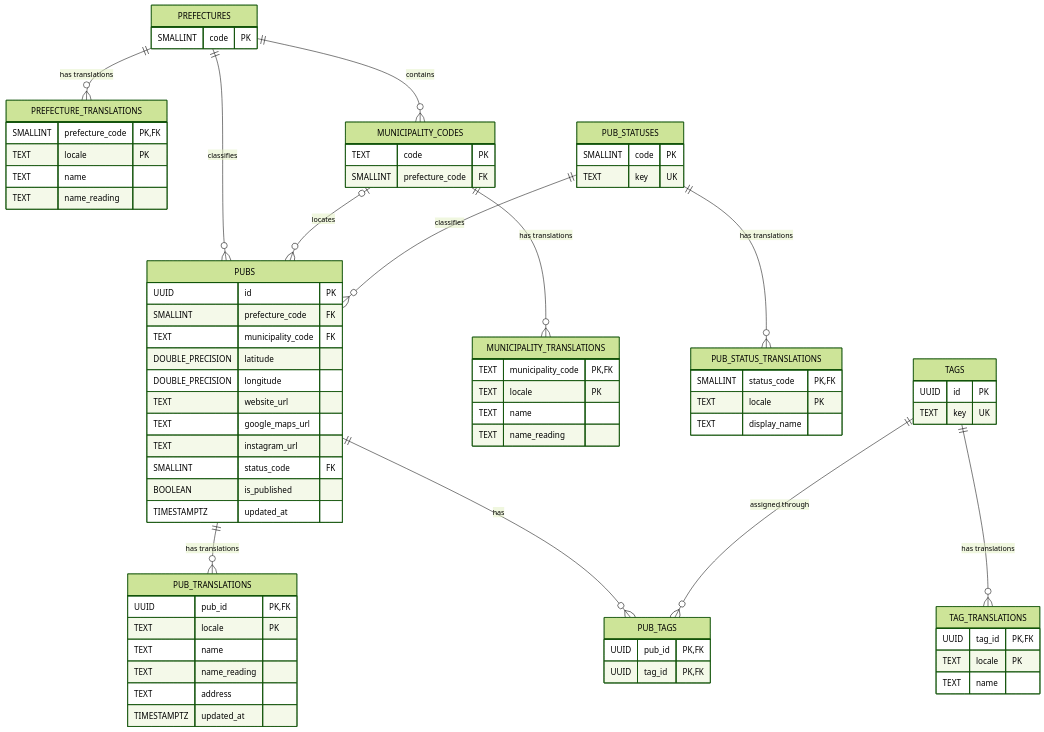
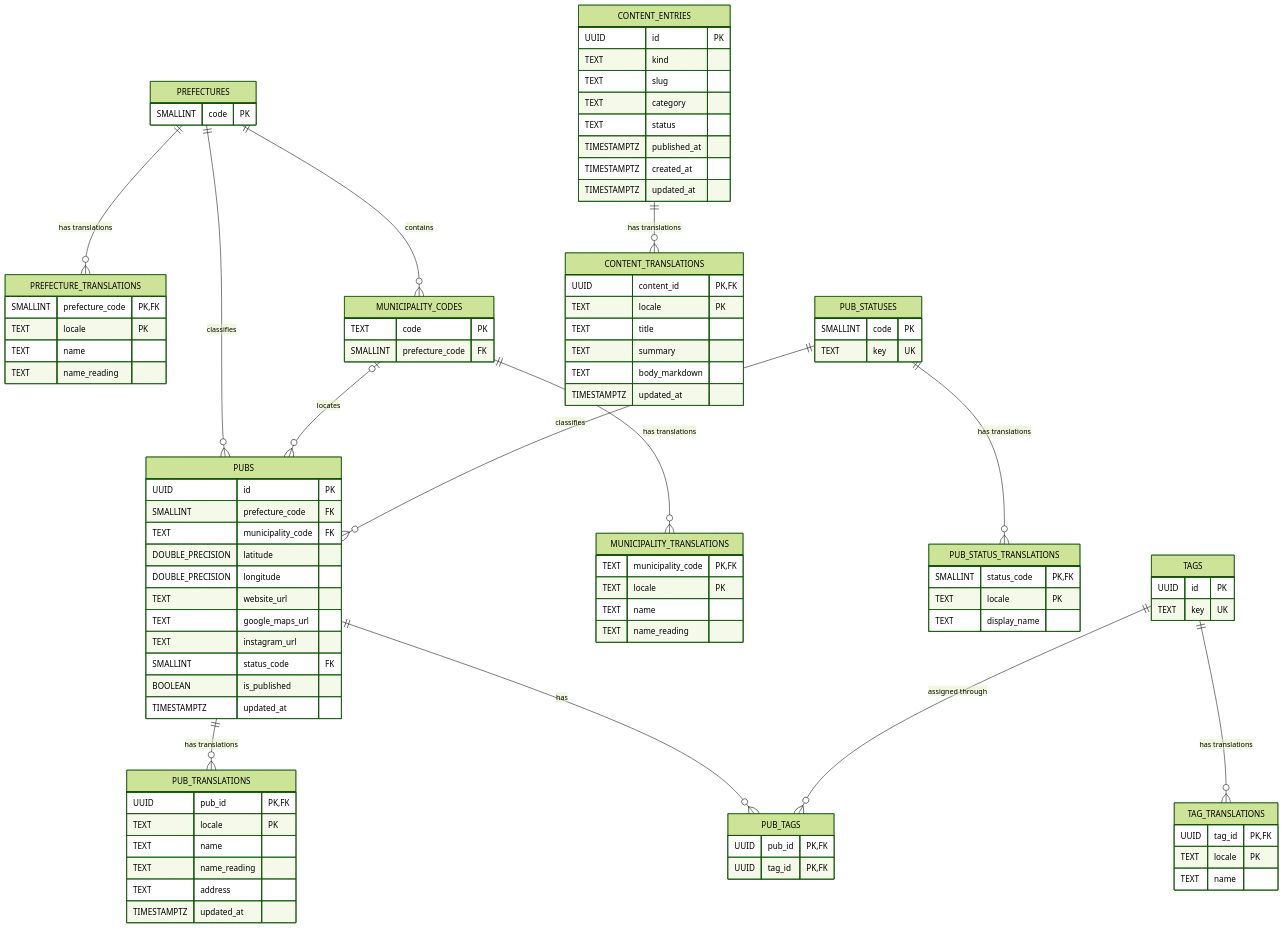
One commit to yusukefr/irishpub-map changed the diagram in docs/specs/database.md. Above: the diagram before and after it, drawn with Mermaid (forest theme). The commit also changed other lines of this file and 8 other files, not shown here.

````diff
--- a/docs/specs/database.md
+++ b/docs/specs/database.md
@@ -41,6 +43,7 @@
   PUBS ||--o{ PUB_TAGS : "has"
   TAGS ||--o{ TAG_TRANSLATIONS : "has translations"
   TAGS ||--o{ PUB_TAGS : "assigned through"
+  CONTENT_ENTRIES ||--o{ CONTENT_TRANSLATIONS : "has translations"
 
   PUBS {
     UUID id PK
@@ -104,4 +107,22 @@
     UUID pub_id PK, FK
     UUID tag_id PK, FK
   }
+  CONTENT_ENTRIES {
+    UUID id PK
+    TEXT kind
+    TEXT slug
+    TEXT category
+    TEXT status
+    TIMESTAMPTZ published_at
+    TIMESTAMPTZ created_at
+    TIMESTAMPTZ updated_at
+  }
+  CONTENT_TRANSLATIONS {
+    UUID content_id PK, FK
+    TEXT locale PK
+    TEXT title
+    TEXT summary
+    TEXT body_markdown
+    TIMESTAMPTZ updated_at
+  }
 ```
````
